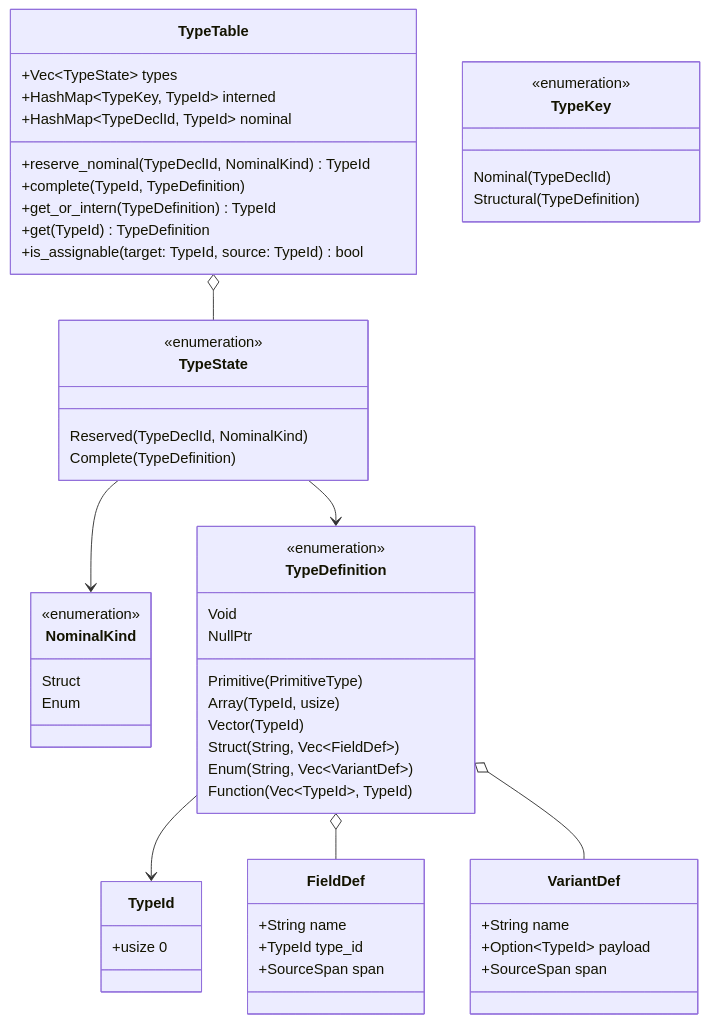
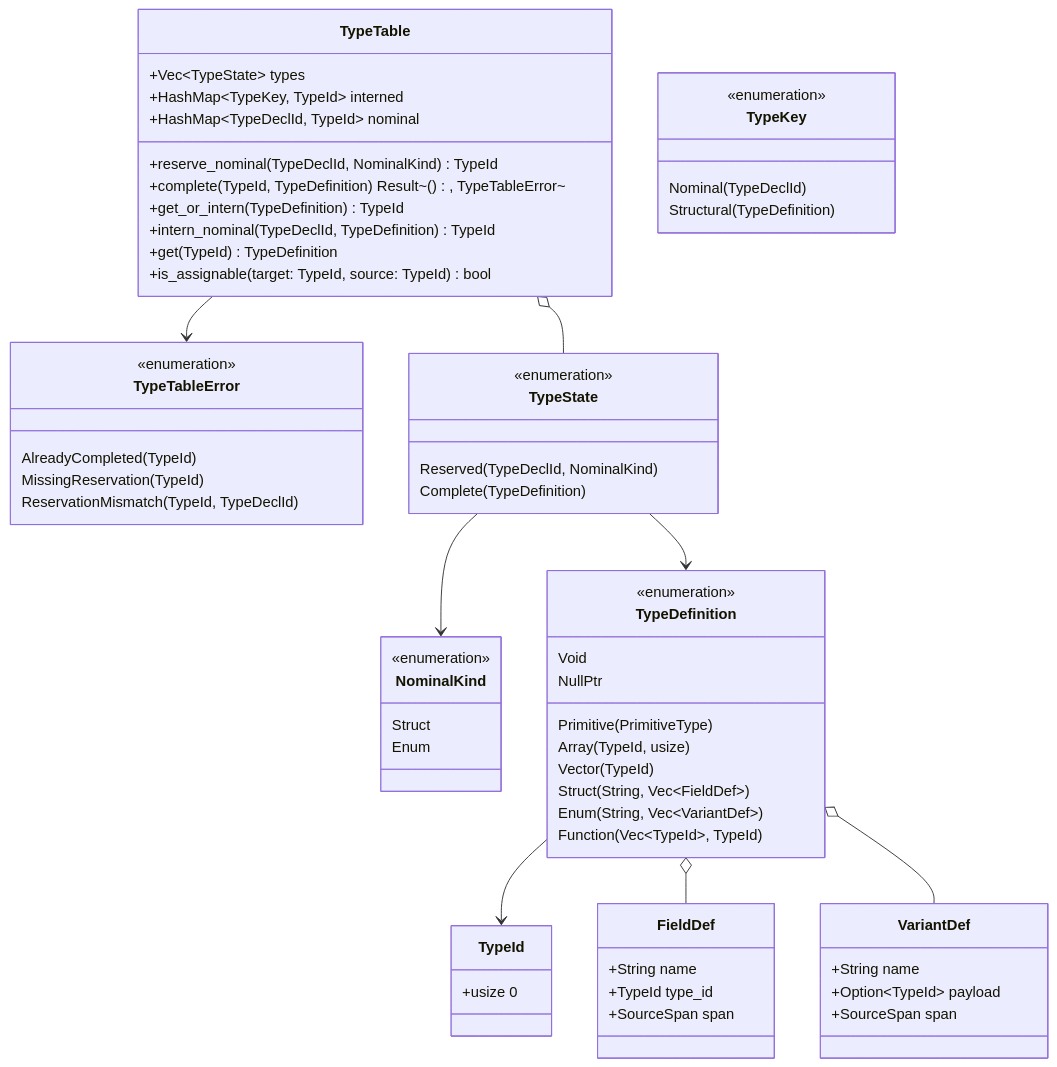
The third of 4 diagrams in specs/001-type-checking/data-model.md (Giuseppe-Bianc/Descar), drawn with Mermaid before and after one commit. The commit also changed other lines of this file and 1 other file, not shown here.

First line of the commit message:
feat(type-checking): enhance type table with error handling and API updates

````diff
--- a/specs/001-type-checking/data-model.md
+++ b/specs/001-type-checking/data-model.md
@@ -151,66 +151,75 @@
 ```mermaid
 classDiagram
     class TypeTable {
         +Vec~TypeState~ types
         +HashMap~TypeKey, TypeId~ interned
         +HashMap~TypeDeclId, TypeId~ nominal
         +reserve_nominal(TypeDeclId, NominalKind) TypeId
-        +complete(TypeId, TypeDefinition)
+        +complete(TypeId, TypeDefinition) Result~(), TypeTableError~
         +get_or_intern(TypeDefinition) TypeId
+        +intern_nominal(TypeDeclId, TypeDefinition) TypeId
         +get(TypeId) TypeDefinition
         +is_assignable(target: TypeId, source: TypeId) bool
+    }
+
+    class TypeTableError {
+        <<enumeration>>
+        AlreadyCompleted(TypeId)
+        MissingReservation(TypeId)
+        ReservationMismatch(TypeId, TypeDeclId)
     }
 
     class TypeState {
         <<enumeration>>
         Reserved(TypeDeclId, NominalKind)
         Complete(TypeDefinition)
     }
 
     class TypeKey {
         <<enumeration>>
         Nominal(TypeDeclId)
         Structural(TypeDefinition)
     }
 
     class NominalKind {
         <<enumeration>>
         Struct
         Enum
     }
 
     class TypeId {
         +usize 0
     }
 
     class TypeDefinition {
         <<enumeration>>
         Primitive(PrimitiveType)
         Array(TypeId, usize)
         Vector(TypeId)
         Struct(String, Vec~FieldDef~)
         Enum(String, Vec~VariantDef~)
         Function(Vec~TypeId~, TypeId)
         Void
         NullPtr
     }
 
     class FieldDef {
         +String name
         +TypeId type_id
         +SourceSpan span
     }
 
     class VariantDef {
         +String name
         +Option~TypeId~ payload
         +SourceSpan span
     }
 
     TypeTable o-- TypeState
+    TypeTable --> TypeTableError
     TypeState --> TypeDefinition
     TypeState --> NominalKind
     TypeDefinition --> TypeId
     TypeDefinition o-- FieldDef
     TypeDefinition o-- VariantDef
 ```
````
